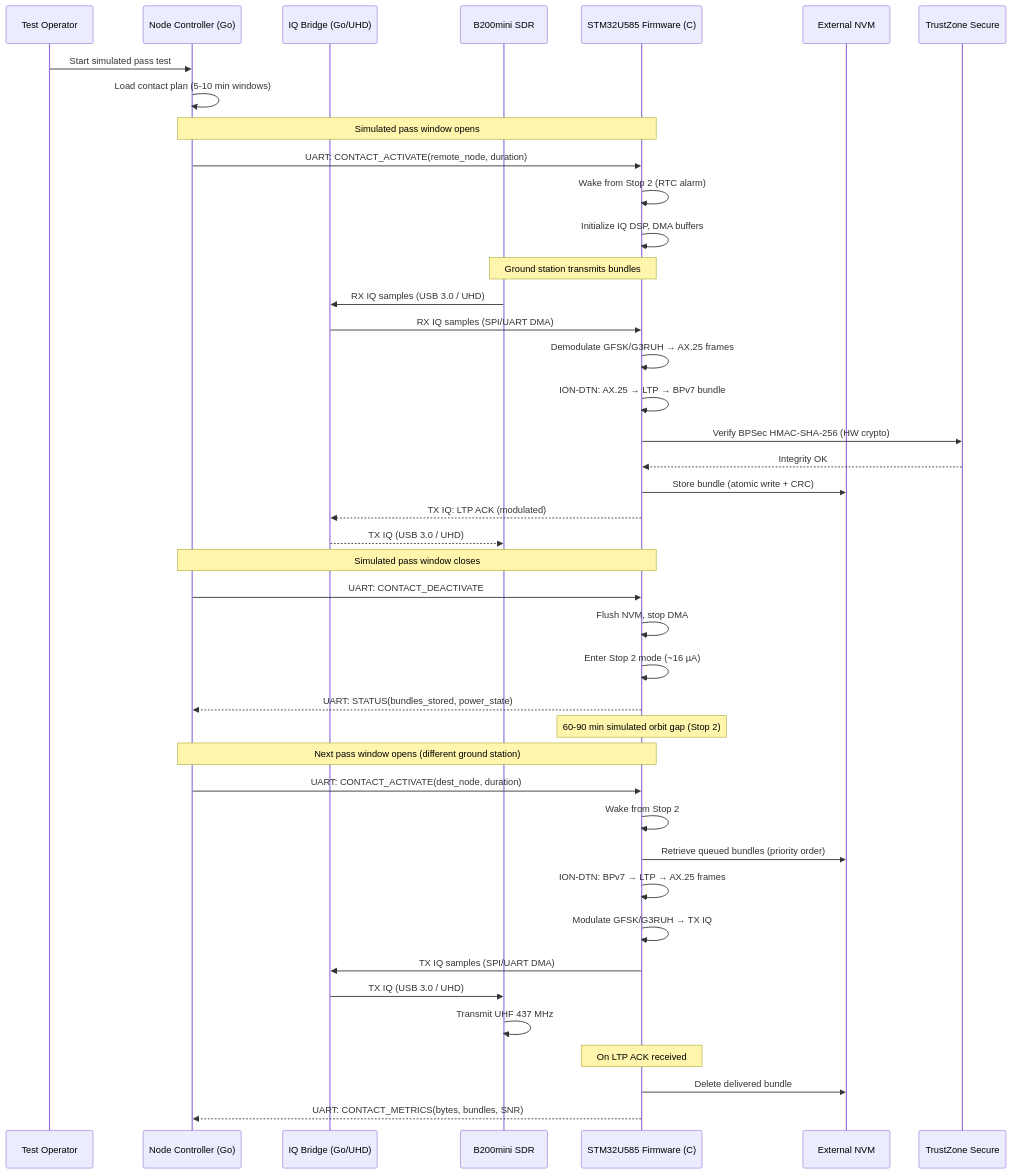
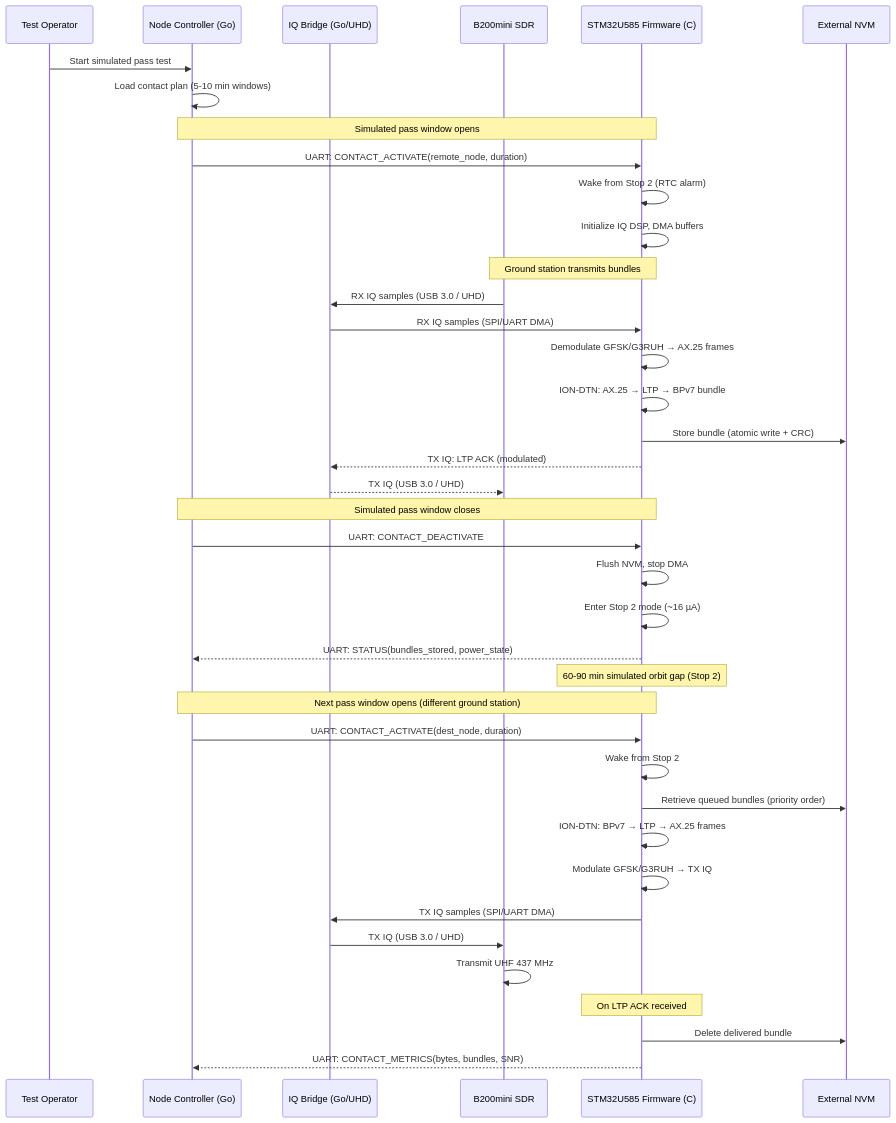
The fourth of 6 diagrams in docs/cubesat-em-phase2/design.md (g4dpz/cislunar_proposal), drawn with Mermaid before and after one commit. The commit also changed other lines of this file and 39 other files, not shown here.

First line of the commit message:
Remove BPSec, TrustZone, and crypto references for amateur radio compliance

````diff
--- a/docs/cubesat-em-phase2/design.md
+++ b/docs/cubesat-em-phase2/design.md
@@ -138,51 +131,48 @@
 ```mermaid
 sequenceDiagram
     participant Op as Test Operator
     participant NC as Node Controller (Go)
     participant IQB as IQ Bridge (Go/UHD)
     participant B200 as B200mini SDR
     participant FW as STM32U585 Firmware (C)
     participant NVM as External NVM
-    participant TZ as TrustZone Secure
 
     Op->>NC: Start simulated pass test
     NC->>NC: Load contact plan (5-10 min windows)
 
     Note over NC,FW: Simulated pass window opens
     NC->>FW: UART: CONTACT_ACTIVATE(remote_node, duration)
     FW->>FW: Wake from Stop 2 (RTC alarm)
     FW->>FW: Initialize IQ DSP, DMA buffers
 
     Note over B200,FW: Ground station transmits bundles
     B200->>IQB: RX IQ samples (USB 3.0 / UHD)
     IQB->>FW: RX IQ samples (SPI/UART DMA)
     FW->>FW: Demodulate GFSK/G3RUH → AX.25 frames
     FW->>FW: ION-DTN: AX.25 → LTP → BPv7 bundle
-    FW->>TZ: Verify BPSec HMAC-SHA-256 (HW crypto)
-    TZ-->>FW: Integrity OK
     FW->>NVM: Store bundle (atomic write + CRC)
     FW-->>IQB: TX IQ: LTP ACK (modulated)
     IQB-->>B200: TX IQ (USB 3.0 / UHD)
 
     Note over NC,FW: Simulated pass window closes
     NC->>FW: UART: CONTACT_DEACTIVATE
     FW->>FW: Flush NVM, stop DMA
     FW->>FW: Enter Stop 2 mode (~16 µA)
     FW-->>NC: UART: STATUS(bundles_stored, power_state)
 
     Note over FW: 60-90 min simulated orbit gap (Stop 2)
 
     Note over NC,FW: Next pass window opens (different ground station)
     NC->>FW: UART: CONTACT_ACTIVATE(dest_node, duration)
     FW->>FW: Wake from Stop 2
     FW->>NVM: Retrieve queued bundles (priority order)
     FW->>FW: ION-DTN: BPv7 → LTP → AX.25 frames
     FW->>FW: Modulate GFSK/G3RUH → TX IQ
     FW->>IQB: TX IQ samples (SPI/UART DMA)
     IQB->>B200: TX IQ (USB 3.0 / UHD)
     B200->>B200: Transmit UHF 437 MHz
 
     Note over FW: On LTP ACK received
     FW->>NVM: Delete delivered bundle
     FW-->>NC: UART: CONTACT_METRICS(bytes, bundles, SNR)
 ```
````
